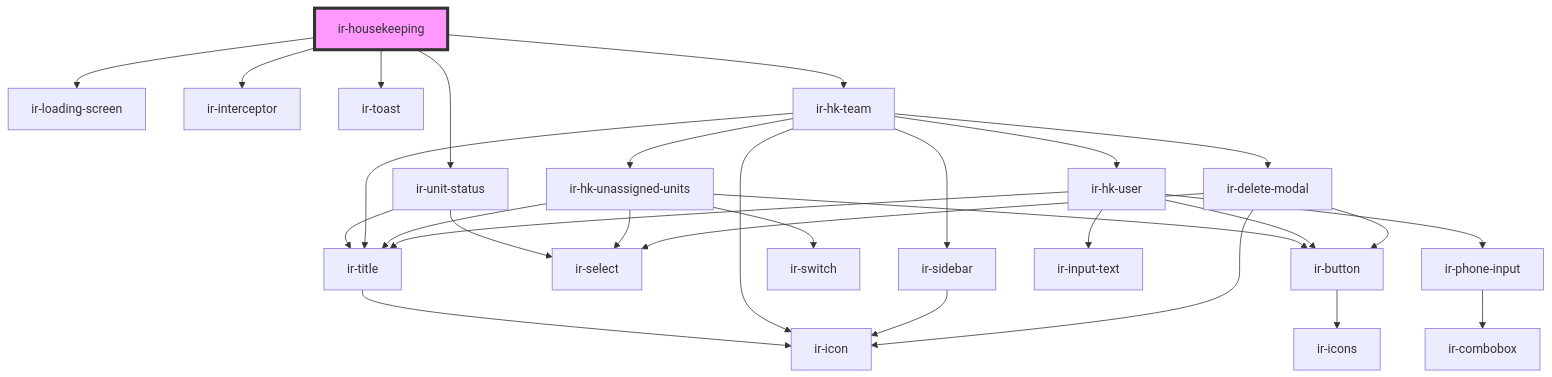
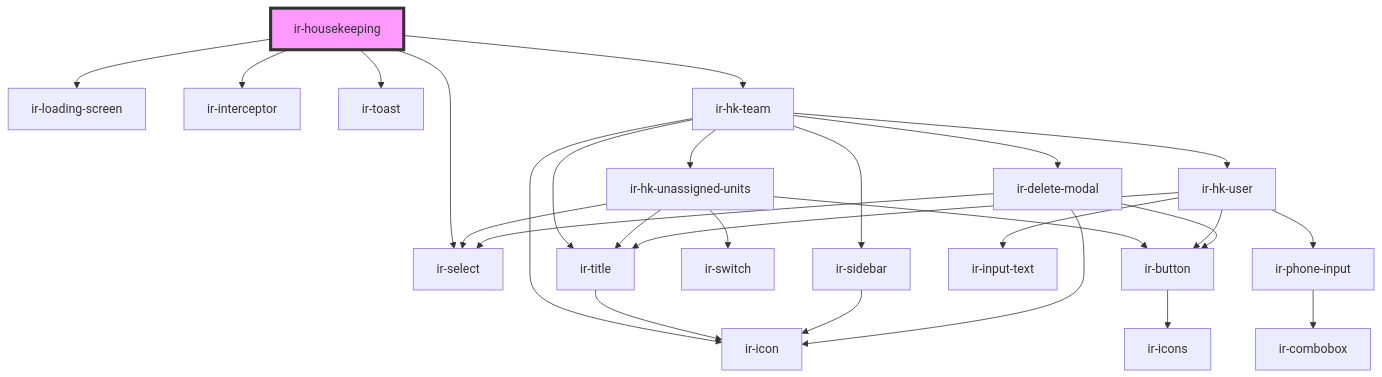
Before and after one commit to David1Chowaifaty/modified-ir-webcmp: the diagram in src/components/ir-housekeeping/readme.md, drawn with Mermaid. The commit also changed other lines of this file and 34 other files, not shown here.

````diff
--- a/src/components/ir-housekeeping/readme.md
+++ b/src/components/ir-housekeeping/readme.md
@@ -29,32 +29,30 @@
 ```mermaid
 graph TD;
   ir-housekeeping --> ir-loading-screen
   ir-housekeeping --> ir-interceptor
   ir-housekeeping --> ir-toast
-  ir-housekeeping --> ir-unit-status
+  ir-housekeeping --> ir-select
   ir-housekeeping --> ir-hk-team
-  ir-unit-status --> ir-title
-  ir-unit-status --> ir-select
-  ir-title --> ir-icon
   ir-hk-team --> ir-hk-unassigned-units
   ir-hk-team --> ir-hk-user
   ir-hk-team --> ir-title
   ir-hk-team --> ir-icon
   ir-hk-team --> ir-sidebar
   ir-hk-team --> ir-delete-modal
   ir-hk-unassigned-units --> ir-select
   ir-hk-unassigned-units --> ir-switch
   ir-hk-unassigned-units --> ir-title
   ir-hk-unassigned-units --> ir-button
+  ir-title --> ir-icon
   ir-button --> ir-icons
   ir-hk-user --> ir-title
   ir-hk-user --> ir-input-text
   ir-hk-user --> ir-phone-input
   ir-hk-user --> ir-button
   ir-phone-input --> ir-combobox
   ir-sidebar --> ir-icon
   ir-delete-modal --> ir-icon
   ir-delete-modal --> ir-select
   ir-delete-modal --> ir-button
   style ir-housekeeping fill:#f9f,stroke:#333,stroke-width:4px
 ```
````
